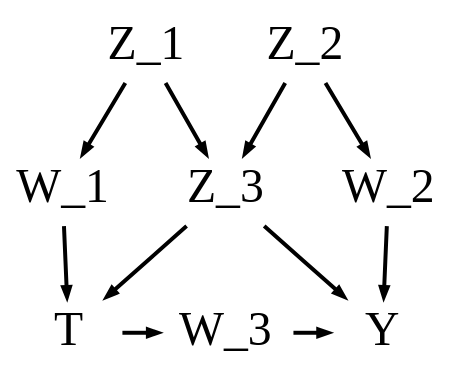
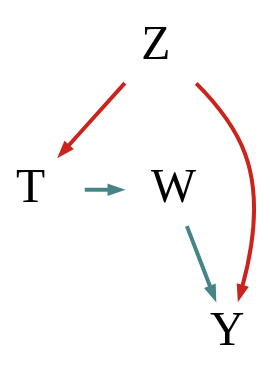
The third of 11 diagrams in lectures/03_regression.qmd (gerasy1987/PSCI8357), drawn with Graphviz before and after one commit. The commit also changed other lines of this file and 1 other file, not shown here.

````diff
--- a/lectures/03_regression.qmd
+++ b/lectures/03_regression.qmd
@@ -1156,31 +1209,29 @@
 ```{dot}
-//| fig-width: 3
-//| fig-height: 3
+//| fig-width: 3.5
+//| fig-height: 3.5
 //| fig-align: center
 digraph G {
   bgcolor="transparent"
   rankdir="TB"
   edge [
 		arrowsize=0.5, labeldistance=3, penwidth=2]
   node [
     shape=plaintext,fontsize=24,penwidth=2]
-    // Nodes
     T;
     Y;
-    Z_1;
-    Z_2;
-    Z_3;
+    Z;
+    W;
 
-    // Edges
-    Z_1 -> W_1 -> T;
-    Z_1 -> Z_3;
-    Z_2 -> W_2 -> Y;
-    Z_2 -> Z_3;
-    Z_3 -> T;
-    Z_3 -> Y;
-    T -> W_3 -> Y;
-    {{ rank=min; Z_1;Z_2};}
-    {{ rank=same; W_1;Z_3;W_2};}
-    {{ rank=max; T;W_3;Y};}
+    // Causal path
+    T -> W [color="#458588"];
+    W -> Y [color="#458588"];
+
+    // Back-door path
+    Z -> T [color="#cc241d"];
+    Z -> Y [color="#cc241d"];
+
+    {{ rank=min; Z};}
+    {{ rank=same; T;W};}
+    {{ rank=max; Y};}
 }
 ```
````
